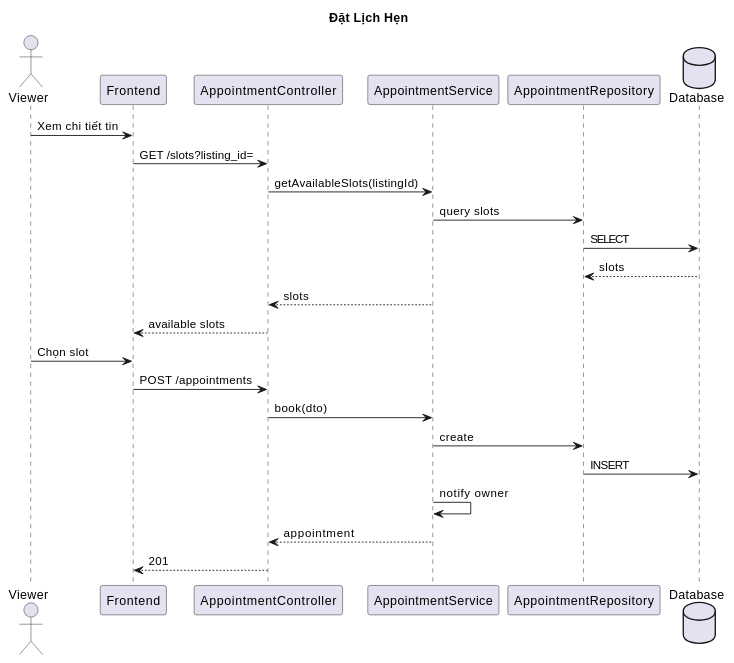
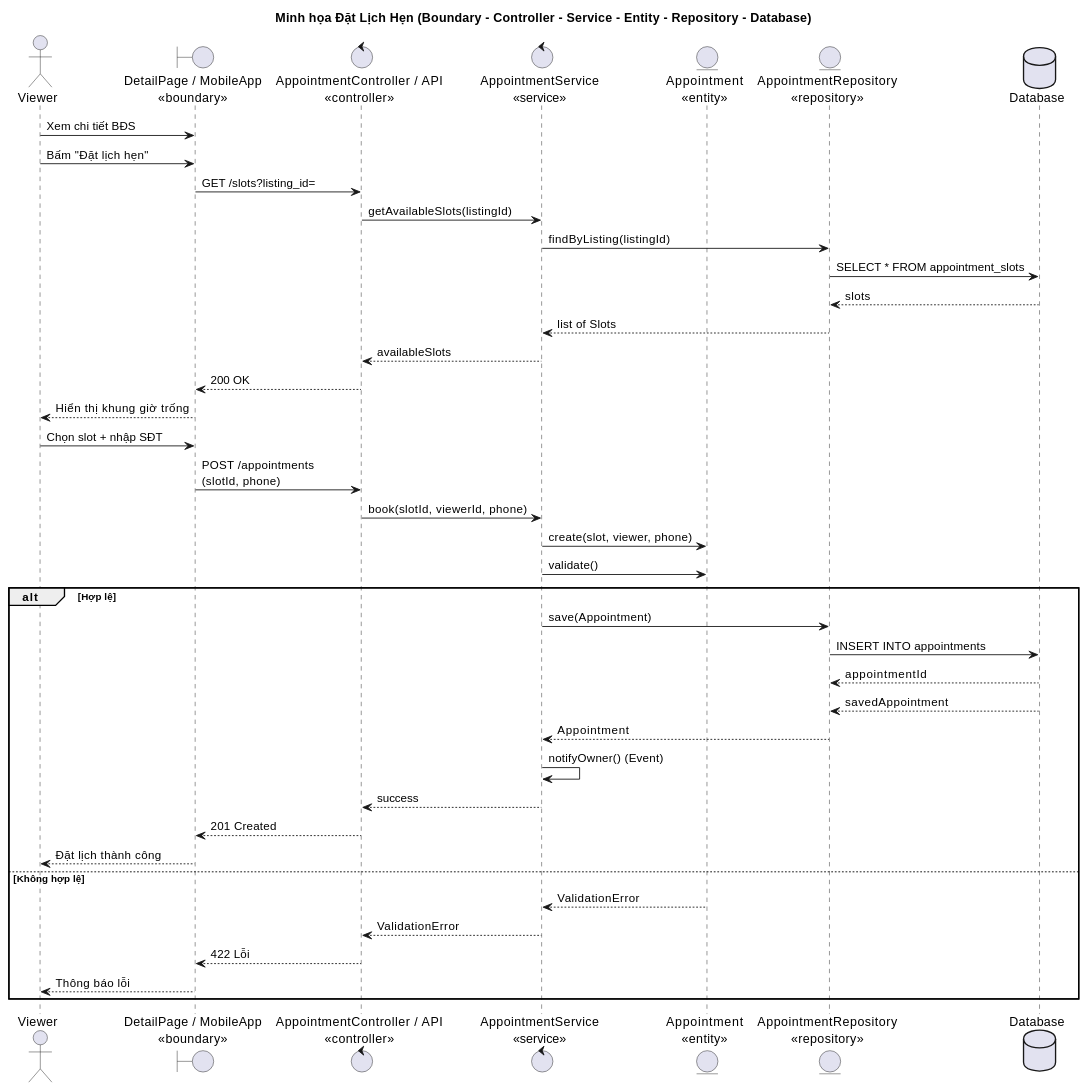
The diagram in docs/sequence-diagram-dat-lich-hen.md (BuiThaiBao/Propify), drawn with PlantUML before and after one commit. The commit also changed 12 other files, not shown here.

Commit message:
feat: update sequence diagrams to include detailed interactions and 3-layer architecture representation

````diff
--- a/docs/sequence-diagram-dat-lich-hen.md
+++ b/docs/sequence-diagram-dat-lich-hen.md
@@ -3,29 +3,47 @@
 ```plantuml
 @startuml
-title Đặt Lịch Hẹn
+title Minh họa Đặt Lịch Hẹn (Boundary - Controller - Service - Entity - Repository - Database)
 
 actor "Viewer" as Viewer
-participant "Frontend" as FE
-participant "AppointmentController" as Controller
-participant "AppointmentService" as Service
-participant "AppointmentRepository" as Repo
+boundary "DetailPage / MobileApp\n«boundary»" as FE
+control "AppointmentController / API\n«controller»" as Controller
+control "AppointmentService\n«service»" as Service
+entity "Appointment\n«entity»" as Entity
+entity "AppointmentRepository\n«repository»" as Repo
 database "Database" as DB
 
-Viewer -> FE: Xem chi tiết tin
+Viewer -> FE: Xem chi tiết BĐS
+Viewer -> FE: Bấm "Đặt lịch hẹn"
 FE -> Controller: GET /slots?listing_id=
 Controller -> Service: getAvailableSlots(listingId)
-Service -> Repo: query slots
-Repo -> DB: SELECT
+Service -> Repo: findByListing(listingId)
+Repo -> DB: SELECT * FROM appointment_slots
 DB --> Repo: slots
-Service --> Controller: slots
-Controller --> FE: available slots
-Viewer -> FE: Chọn slot
-FE -> Controller: POST /appointments
-Controller -> Service: book(dto)
-Service -> Repo: create
-Repo -> DB: INSERT
-Service -> Service: notify owner
-Service --> Controller: appointment
-Controller --> FE: 201
+Repo --> Service: list of Slots
+Service --> Controller: availableSlots
+Controller --> FE: 200 OK
+FE --> Viewer: Hiển thị khung giờ trống
+Viewer -> FE: Chọn slot + nhập SĐT
+FE -> Controller: POST /appointments\n(slotId, phone)
+Controller -> Service: book(slotId, viewerId, phone)
+Service -> Entity: create(slot, viewer, phone)
+Service -> Entity: validate()
+
+alt Hợp lệ
+  Service -> Repo: save(Appointment)
+  Repo -> DB: INSERT INTO appointments
+  DB --> Repo: appointmentId
+  DB --> Repo: savedAppointment
+  Repo --> Service: Appointment
+  Service -> Service: notifyOwner() (Event)
+  Service --> Controller: success
+  Controller --> FE: 201 Created
+  FE --> Viewer: Đặt lịch thành công
+else Không hợp lệ
+  Entity --> Service: ValidationError
+  Service --> Controller: ValidationError
+  Controller --> FE: 422 Lỗi
+  FE --> Viewer: Thông báo lỗi
+end
 @enduml
 ```
````
